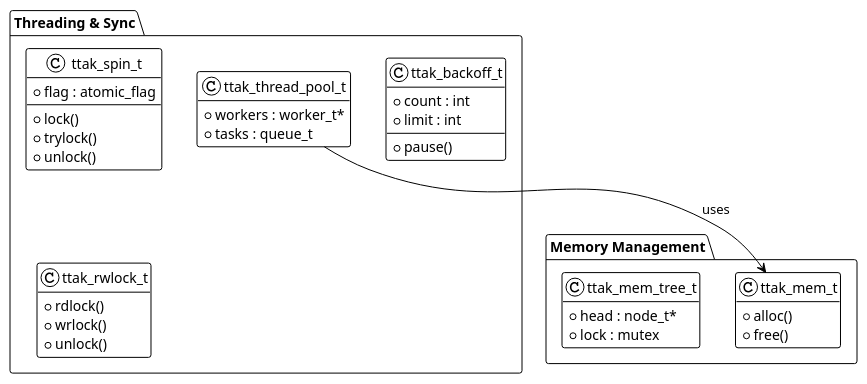
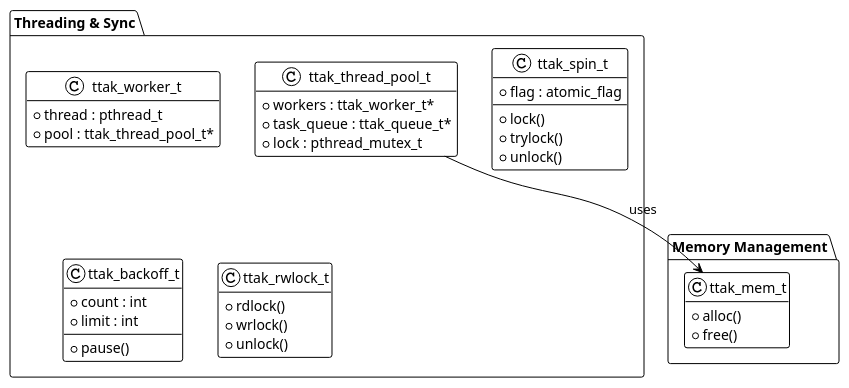
The diagram in blueprints/03_memory_and_threads.puml (Religiya-Serdtsa/libttak), drawn with PlantUML before and after one commit. The commit also changed 17 other files, not shown here.

```diff
--- a/blueprints/03_memory_and_threads.puml
+++ b/blueprints/03_memory_and_threads.puml
@@ -1,45 +1,47 @@
 @startuml
 !theme plain
 hide empty members
 
 package "Memory Management" {
     class ttak_mem_t {
         + alloc()
         + free()
     }
-    class ttak_mem_tree_t {
-        + head : node_t*
-        + lock : mutex
-    }
 }
 
 package "Threading & Sync" {
     class ttak_thread_pool_t {
-        + workers : worker_t*
-        + tasks : queue_t
+        + workers : ttak_worker_t*
+        + task_queue : ttak_queue_t*
+        + lock : pthread_mutex_t
+    }
+
+    class ttak_worker_t {
+        + thread : pthread_t
+        + pool : ttak_thread_pool_t*
     }
 
     class ttak_spin_t {
         + flag : atomic_flag
         __
         + lock()
         + trylock()
         + unlock()
     }
 
     class ttak_backoff_t {
         + count : int
         + limit : int
         __
         + pause()
     }
 
     class ttak_rwlock_t {
         + rdlock()
         + wrlock()
         + unlock()
     }
 }
 
 ttak_thread_pool_t --> ttak_mem_t : uses
 @enduml
```
